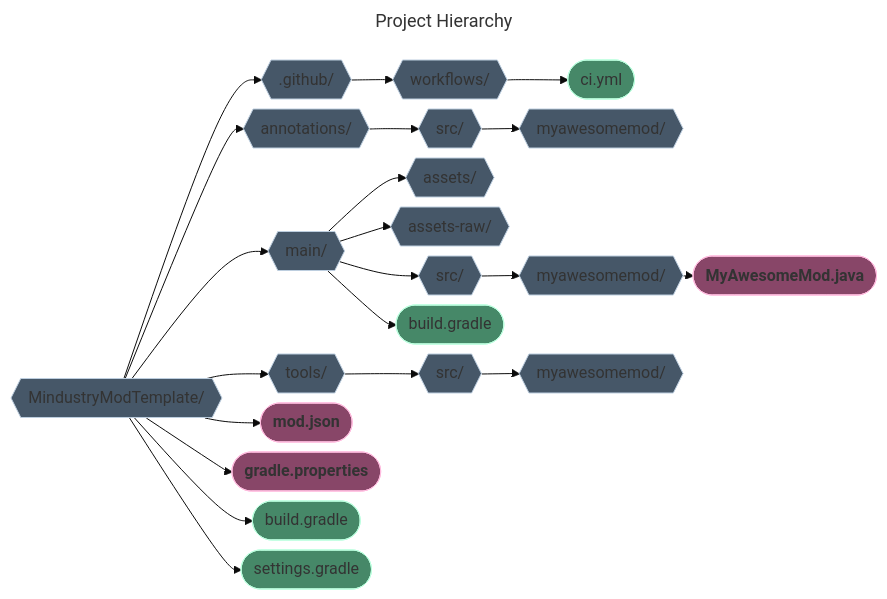
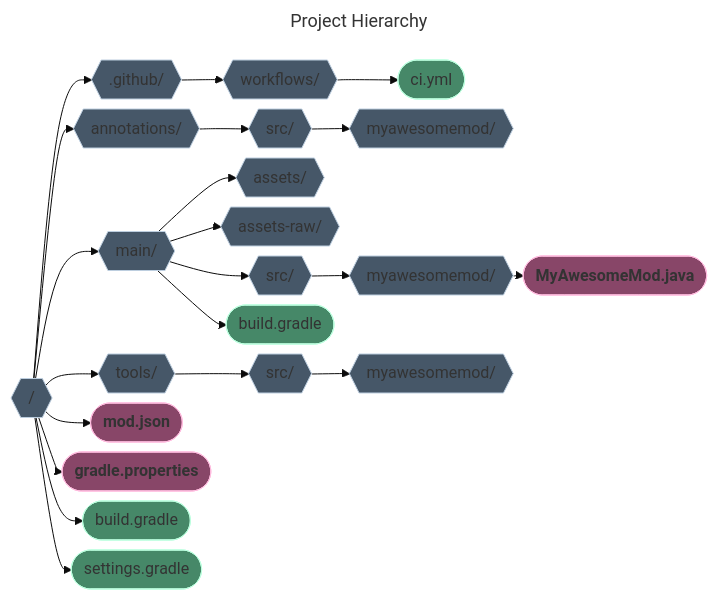
Before and after one commit to stabu-dev/MindustryModTemplate: the diagram in README.md, drawn with Mermaid (base theme).

Commit message:
why you look soo bad

````diff
--- a/README.md
+++ b/README.md
@@ -49,48 +49,48 @@
     ```mermaid
     ---
     title: Project Hierarchy
     ---
     graph LR;
     %%{init:{'flowchart':{'nodeSpacing': 10, 'rankSpacing': 10}}}%%;
 
     classDef folder fill:#465768,stroke:#bdcedf;
     classDef file fill:#468868,stroke:#bdffdf;
     classDef importantFile fill:#884668,stroke:#ffbddf,font-weight:bold;
 
-    root{{"MindustryModTemplate/"}};
+    root{{"/"}};
     github{{".github/"}};
     workflows{{"workflows/"}};
     annotations_mod{{"annotations/"}};
     annotations_src{{"src/"}};
     annotations_pkg{{"myawesomemod/"}};
     main_mod{{"main/"}};
     main_assets{{"assets/"}};
     main_assets_raw{{"assets-raw/"}};
     main_src{{"src/"}};
     main_pkg{{"myawesomemod/"}};
     tools_mod{{"tools/"}};
     tools_src{{"src/"}};
     tools_pkg{{"myawesomemod/"}};
 
     ci_yml(["ci.yml"]);
     mod_json(["mod.json"]);
     gradle_properties(["gradle.properties"]);
     root_build_gradle(["build.gradle"]);
     settings_gradle(["settings.gradle"]);
     main_build_gradle(["build.gradle"]);
     main_java_file(["MyAwesomeMod.java"]);
 
     class root,github,workflows,annotations_mod,annotations_src,annotations_pkg,main_mod,main_assets,main_assets_raw,main_src,main_pkg,tools_mod,tools_src,tools_pkg folder;
     class ci_yml,root_build_gradle,settings_gradle,main_build_gradle file;
     class mod_json,gradle_properties,main_java_file importantFile;
 
     root-->github-->workflows-->ci_yml;
     root-->annotations_mod-->annotations_src-->annotations_pkg;
     root-->main_mod;
     main_mod-->main_assets;
     main_mod-->main_assets_raw;
     main_mod-->main_src-->main_pkg-->main_java_file;
     main_mod-->main_build_gradle;
     root-->tools_mod-->tools_src-->tools_pkg;
     root-->mod_json & gradle_properties & root_build_gradle & settings_gradle;
     ```
````
